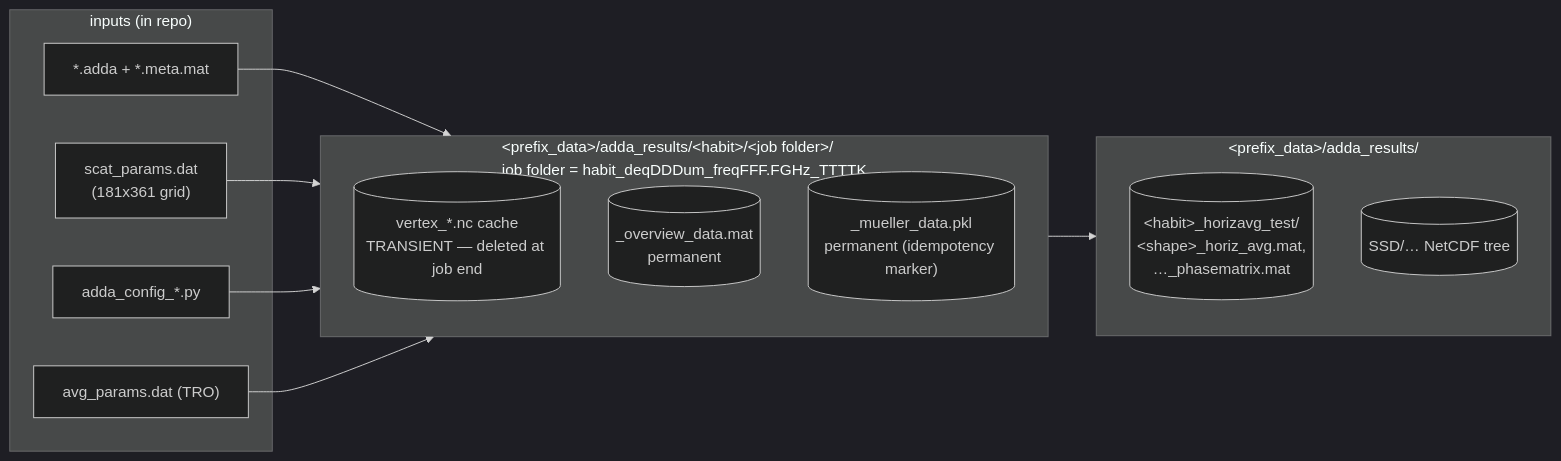
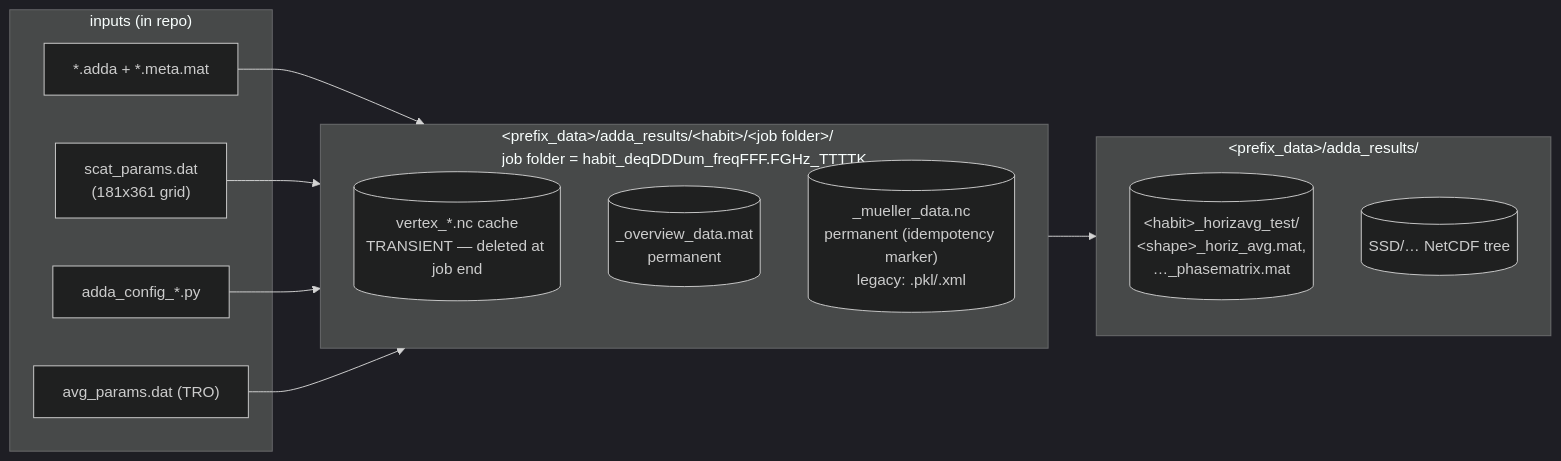
One commit to m-brath/DDA changed the fifth of 11 diagrams in docs/DDA-manual.md. Above: the diagram before and after it, drawn with Mermaid (dark theme). The commit also changed other lines of this file and 10 other files, not shown here.

````diff
--- a/docs/DDA-manual.md
+++ b/docs/DDA-manual.md
@@ -623,21 +623,21 @@
 ```mermaid
 flowchart LR
     subgraph INPUT["inputs (in repo)"]
       SF["*.adda + *.meta.mat"]
       SP["scat_params.dat<br/>(181x361 grid)"]
       AV["avg_params.dat (TRO)"]
       CF["adda_config_*.py"]
     end
     subgraph WORK["&lt;prefix_data&gt;/adda_results/&lt;habit&gt;/&lt;job folder&gt;/<br/>job folder = habit_deqDDDum_freqFFF.FGHz_TTTTK"]
       VC[("vertex_*.nc cache<br/>TRANSIENT — deleted at job end")]
       OV[("_overview_data.mat<br/>permanent")]
-      MU[("_mueller_data.pkl<br/>permanent (idempotency marker)")]
+      MU[("_mueller_data.nc<br/>permanent (idempotency marker)<br/>legacy: .pkl/.xml")]
     end
     subgraph OUT["&lt;prefix_data&gt;/adda_results/"]
       HA[("&lt;habit&gt;_horizavg_test/<br/>&lt;shape&gt;_horiz_avg.mat,<br/>…_phasematrix.mat")]
       SSD[("SSD/… NetCDF tree")]
     end
     SF & SP & CF --> WORK
     AV --> WORK
     WORK --> OUT
 ```
````
